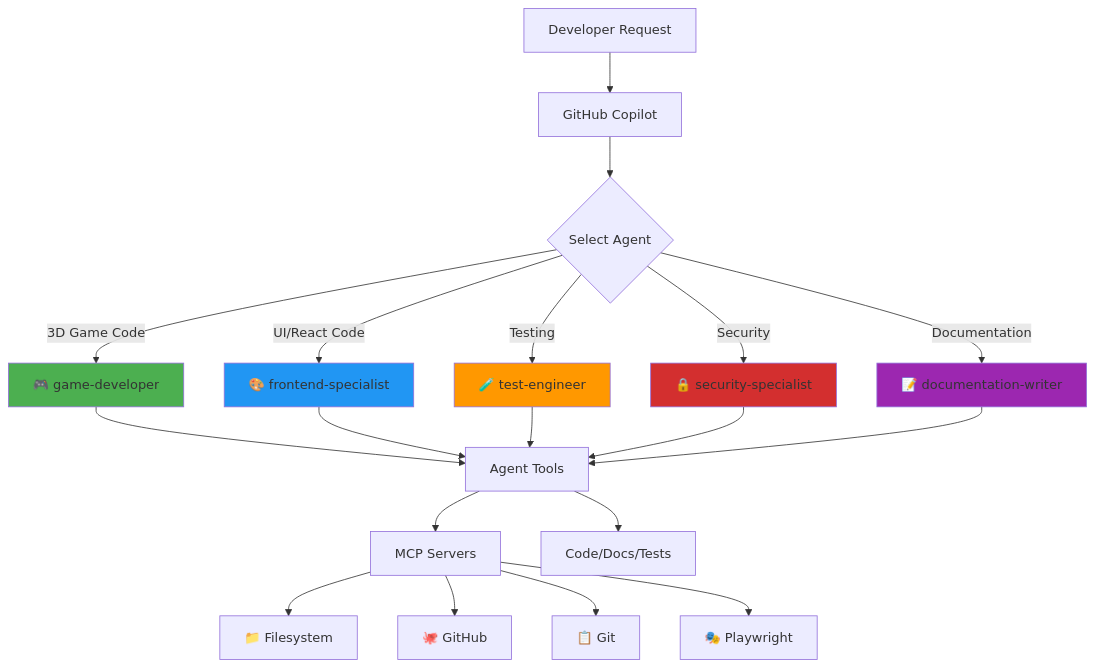
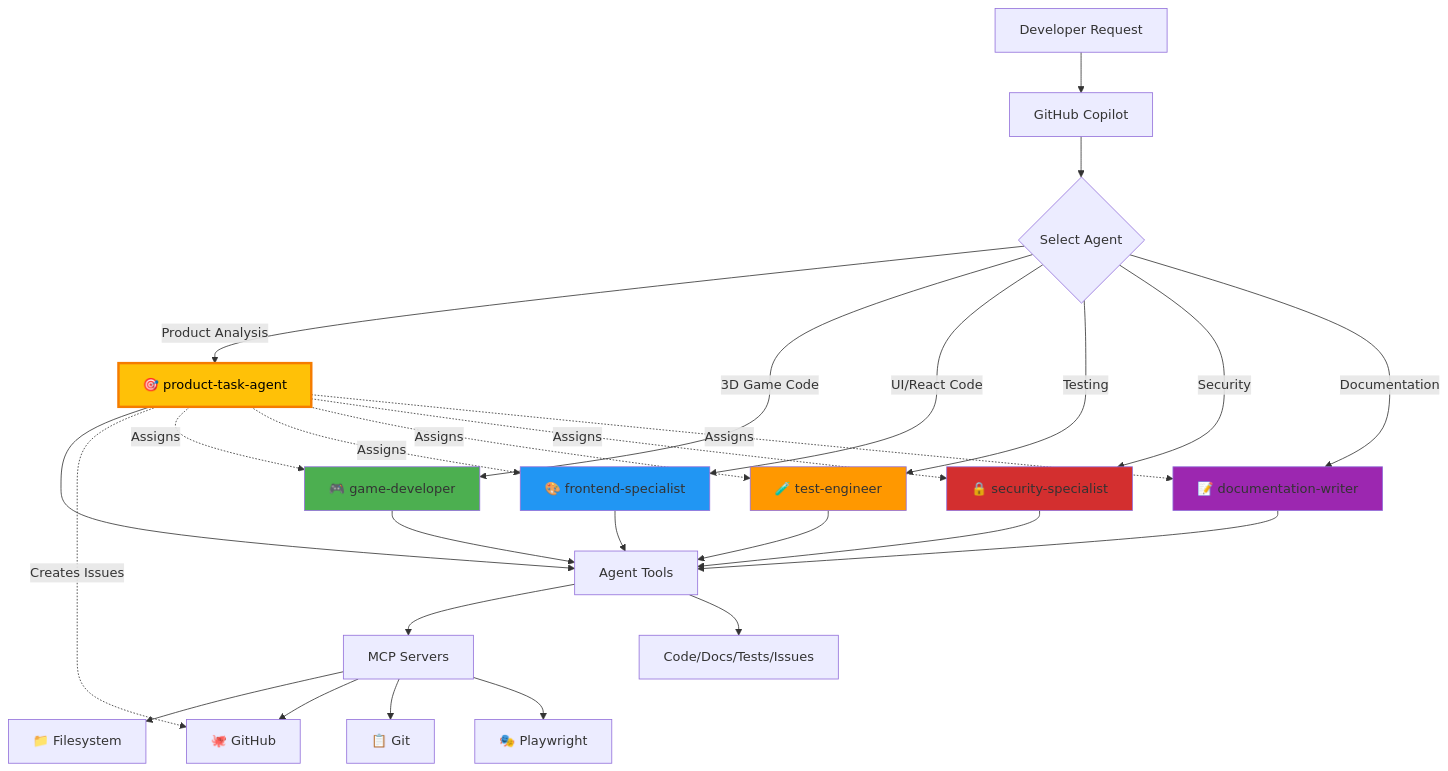
The diagram in .github/agents/README.md (Hack23/game), drawn with Mermaid before and after one commit. The commit also changed other lines of this file and 7 other files, not shown here.

First line of the commit message:
Create product-task-agent and improve all agent configurations

````diff
--- a/.github/agents/README.md
+++ b/.github/agents/README.md
@@ -86,31 +109,41 @@
 ```mermaid
 graph TB
     User[Developer Request] --> Copilot[GitHub Copilot]
     Copilot --> AgentSelect{Select Agent}
     
+    AgentSelect -->|Product Analysis| TaskAgent[🎯 product-task-agent]
     AgentSelect -->|3D Game Code| GameDev[🎮 game-developer]
     AgentSelect -->|UI/React Code| Frontend[🎨 frontend-specialist]
     AgentSelect -->|Testing| TestEng[🧪 test-engineer]
     AgentSelect -->|Security| Security[🔒 security-specialist]
     AgentSelect -->|Documentation| DocWriter[📝 documentation-writer]
     
-    GameDev --> Tools[Agent Tools]
+    TaskAgent --> Tools[Agent Tools]
+    GameDev --> Tools
     Frontend --> Tools
     TestEng --> Tools
     Security --> Tools
     DocWriter --> Tools
     
     Tools --> MCP[MCP Servers]
     MCP --> FS[📁 Filesystem]
     MCP --> GH[🐙 GitHub]
     MCP --> Git[📋 Git]
     MCP --> PW[🎭 Playwright]
     
-    Tools --> Output[Code/Docs/Tests]
+    Tools --> Output[Code/Docs/Tests/Issues]
     
+    TaskAgent -.->|Creates Issues| GH
+    TaskAgent -.->|Assigns| GameDev
+    TaskAgent -.->|Assigns| Frontend
+    TaskAgent -.->|Assigns| TestEng
+    TaskAgent -.->|Assigns| Security
+    TaskAgent -.->|Assigns| DocWriter
+    
+    style TaskAgent fill:#FFC107,stroke:#F57C00,stroke-width:3px,color:#000
     style GameDev fill:#4CAF50
     style Frontend fill:#2196F3
     style TestEng fill:#FF9800
     style Security fill:#D32F2F
     style DocWriter fill:#9C27B0
 ```
````
